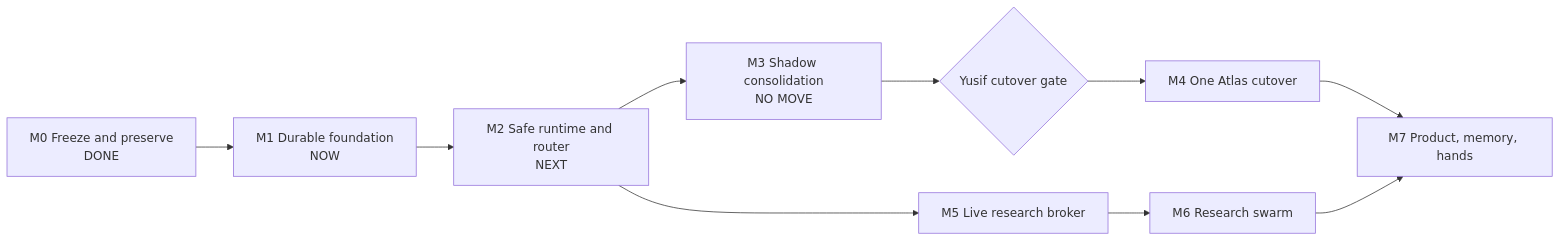
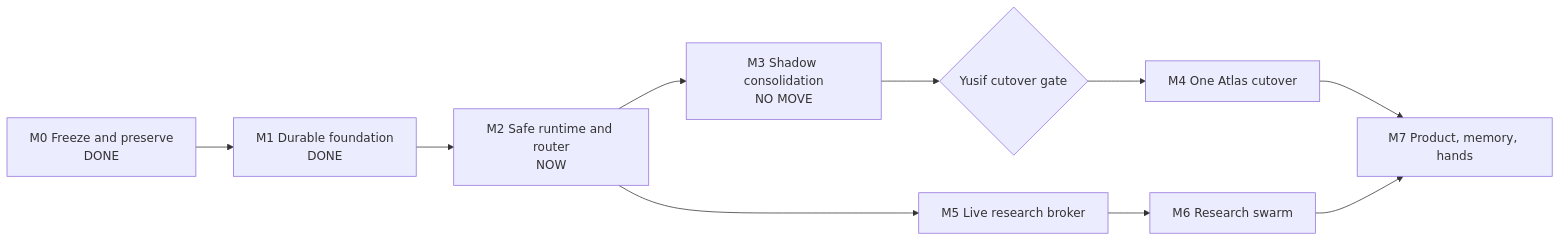
Before and after one commit to ganbaroff/atlas-cli: the diagram in docs/atlas-cto/ATLAS-MASTER-PLAN.md, drawn with Mermaid. The commit also changed other lines of this file and 2 other files, not shown here.

````diff
--- a/docs/atlas-cto/ATLAS-MASTER-PLAN.md
+++ b/docs/atlas-cto/ATLAS-MASTER-PLAN.md
@@ -29,17 +28,17 @@
 ```mermaid
 flowchart LR
     M0["M0 Freeze and preserve<br/>DONE"]
-    M1["M1 Durable foundation<br/>NOW"]
-    M2["M2 Safe runtime and router<br/>NEXT"]
+    M1["M1 Durable foundation<br/>DONE"]
+    M2["M2 Safe runtime and router<br/>NOW"]
     M3["M3 Shadow consolidation<br/>NO MOVE"]
     G{"Yusif cutover gate"}
     M4["M4 One Atlas cutover"]
     M5["M5 Live research broker"]
     M6["M6 Research swarm"]
     M7["M7 Product, memory, hands"]
 
     M0 --> M1 --> M2 --> M3 --> G --> M4
     M2 --> M5 --> M6
     M4 --> M7
     M6 --> M7
 ```
````
